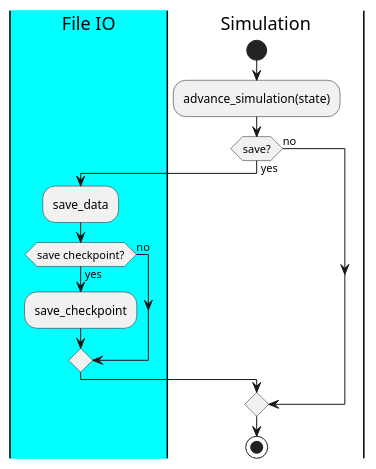
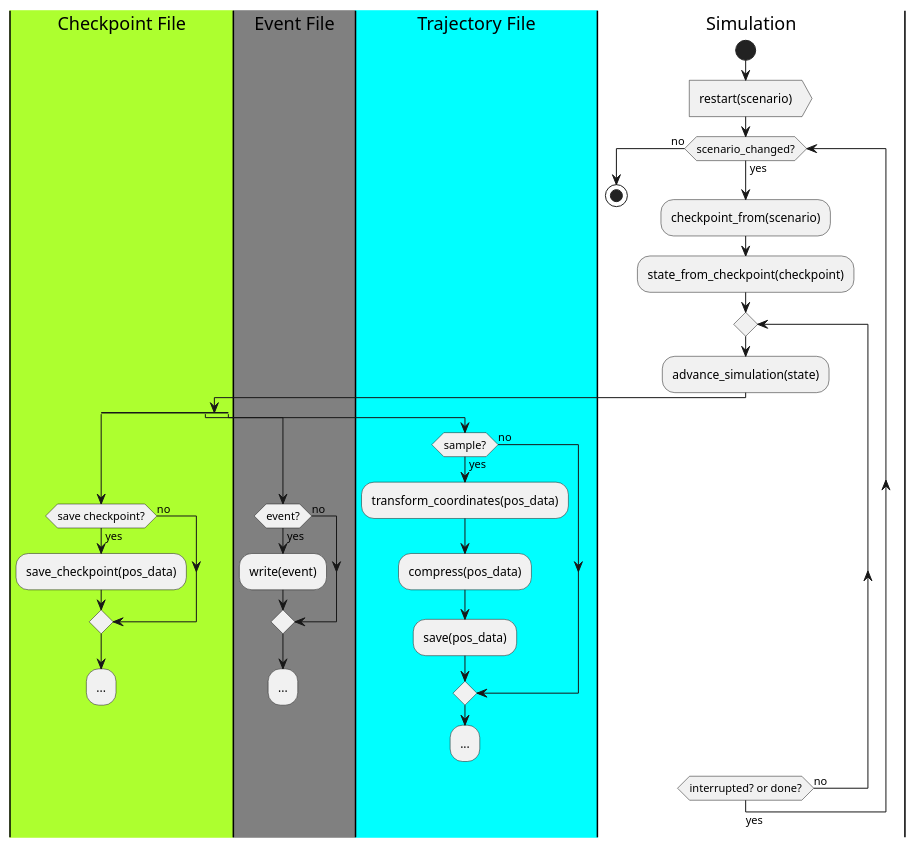
Before and after one commit to kghose/groho: the diagram in docs/uml/simulator-loop.puml, drawn with PlantUML.

Commit message:
Combine simulator loop and saving into one diagram
The diagram is not the way I want it. I want to
show swimlanes, threading and the loop. I have
to tweak it further.

```diff
--- a/docs/uml/simulator-loop.puml
+++ b/docs/uml/simulator-loop.puml
@@ -19,28 +1,60 @@
-@startuml simulationstep
+@startuml simulator
 
-|#Cyan|File IO|
+|#GreenYellow|Checkpoint File|
+
+|#Gray|Event File|
+
+|#Cyan|Trajectory File|
 
 |Simulation|
 
 start
 
-:advance_simulation(state);
+:restart(scenario)>
 
-|Simulation|
+while (scenario_changed?) is (yes)
+  :checkpoint_from(scenario);
+  :state_from_checkpoint(checkpoint);
+  repeat
+    :advance_simulation(state);
 
-if (save?) then (yes)
+    |Simulation|
+    split
+      |Checkpoint File|
+      if (save checkpoint?) then (yes)
+        :save_checkpoint(pos_data);
+      else (no)
+      endif
+      :...;
+      detach
 
-|File IO|
-  :save_data;
-  if (save checkpoint?) then (yes)
-    :save_checkpoint;
-  else (no)
-  endif
+    split again
+      |Event File|
+      if (event?) then (yes)
+        :write(event);
+      else (no)
+      endif
+      :...;
+      detach
 
-|Simulation|
-else (no)
-endif
+    split again
+      |Trajectory File|
+      if (sample?) then (yes)
+        :transform_coordinates(pos_data);
+        :compress(pos_data);
+        :save(pos_data);
+      else (no)
+      endif
+      :...;
+      detach
 
+    end split 
+
+  |Simulation|
+  repeat while (interrupted? or done?) is (no)
+  -> yes;
+  
+endwhile (no)
 stop
 
 @enduml
```
